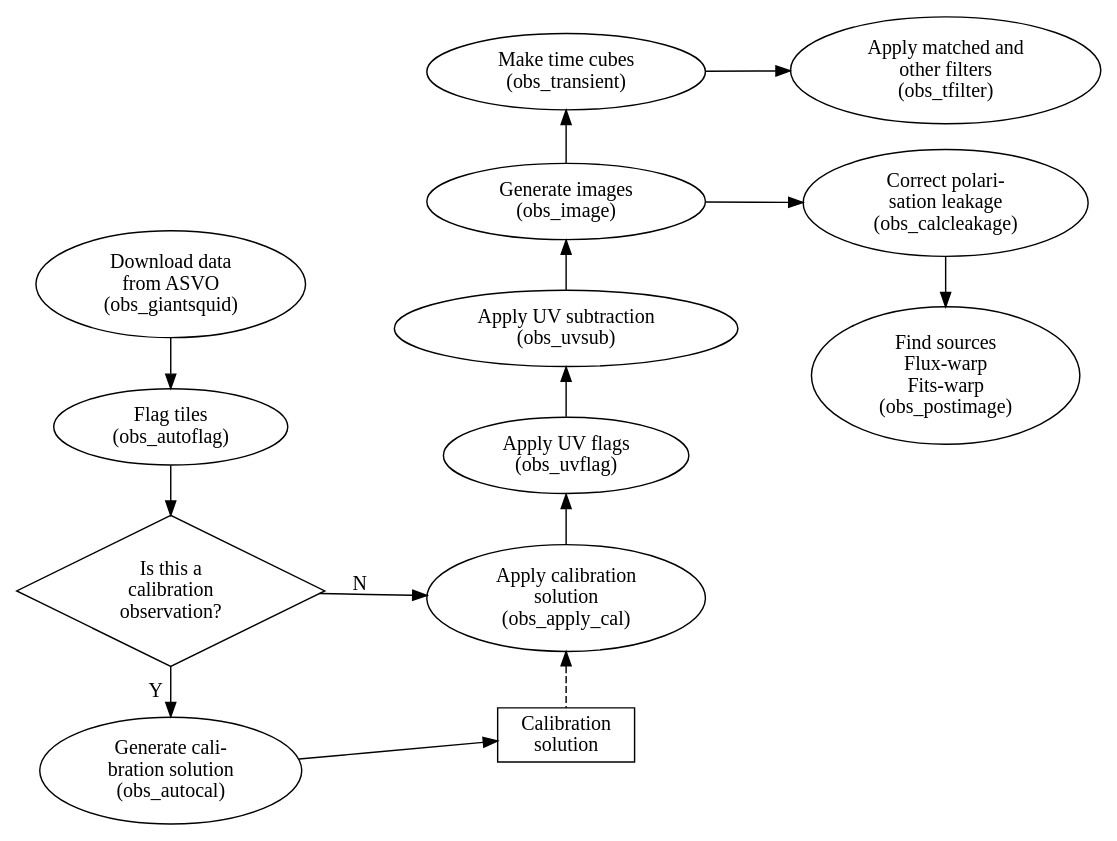
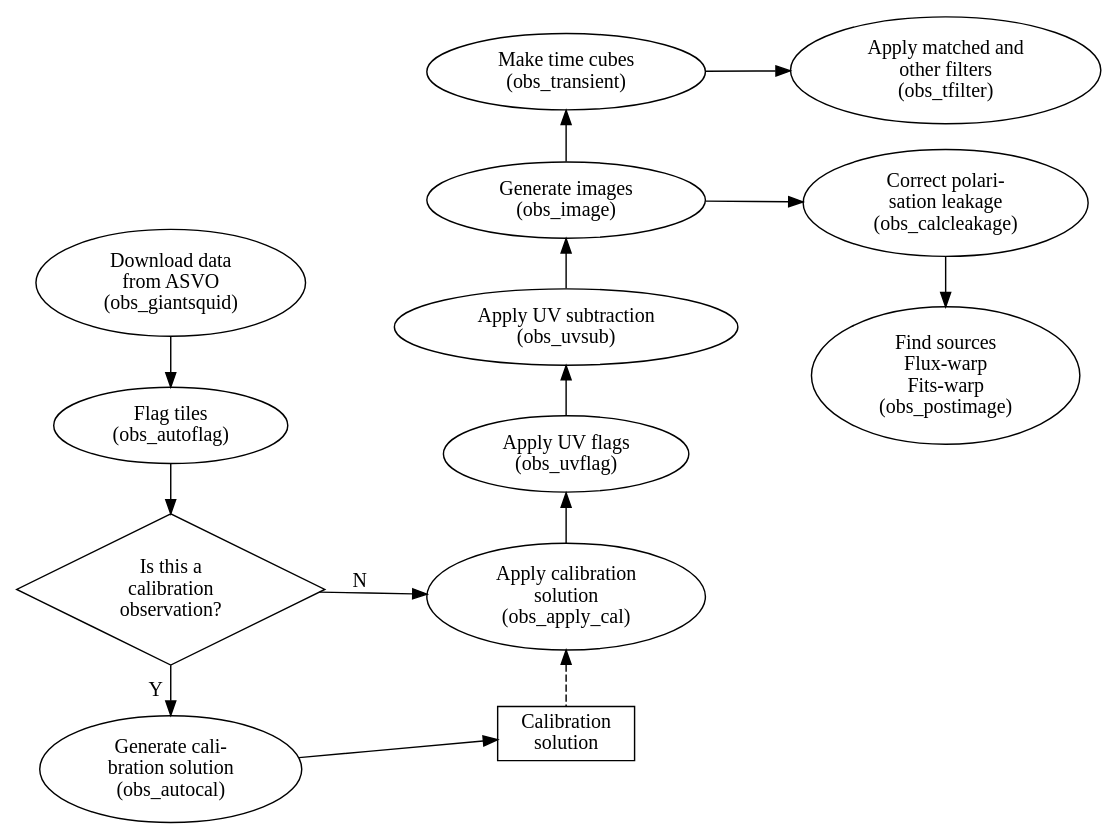
The diagram in doc/images/processing_pipeline_overview.dot (robotopia/MWA-Galactic-Plane-Monitoring), drawn with Graphviz before and after one commit. The commit also changed 1 other file, not shown here.

Commit message:
Updated processing pipeline graphvix diagram in docs

```diff
--- a/doc/images/processing_pipeline_overview.dot
+++ b/doc/images/processing_pipeline_overview.dot
@@ -1,41 +1,44 @@
 digraph G {
   rankdir="LR";
 
   // TODO: Make this subgraph actually do something! (And add other subgraphs)
-  subgraph cluster_0 {
-    style=filled;
-    color=lightgrey;
-    transient [label="Make time cubes\n(obs_transient)"];
-    tfilter [label="Apply matched and\nother filters\n(obs_tfilter)"];
-    transient -> tfilter;
-    label="Transients"
-  }
+  //subgraph cluster_0 {
+  //  style=filled;
+  //  color=lightgrey;
+  //  transient [label="Make time cubes\n(obs_transient)"];
+  //  tfilter [label="Apply matched and\nother filters\n(obs_tfilter)"];
+  //  transient -> tfilter;
+  //  label="Transients"
+  //}
 
   is_cal [shape=diamond; label="Is this a\ncalibration\nobservation?"];
   calsol [shape=rectangle; label="Calibration\nsolution"];
   giantsquid [label="Download data\nfrom ASVO\n(obs_giantsquid)"];
   autoflag [label="Flag tiles\n(obs_autoflag)"];
   autocal [label="Generate cali-\nbration solution\n(obs_autocal)"];
   apply_cal [label="Apply calibration\nsolution\n(obs_apply_cal)"];
   uvflag [label="Apply UV flags\n(obs_uvflag)"];
   uvsub [label="Apply UV subtraction\n(obs_uvsub)"];
   image [label="Generate images\n(obs_image)"];
   postimage [label="Find sources\nFlux-warp\nFits-warp\n(obs_postimage)"];
   calc_leakage [label="Correct polari-\nsation leakage\n(obs_calcleakage)"];
+  transient [label="Make time cubes\n(obs_transient)"];
+  tfilter [label="Apply matched and\nother filters\n(obs_tfilter)"];
 
   giantsquid -> autoflag -> is_cal;
   is_cal -> autocal [label="Y"];
   autocal -> calsol;
   image -> uvsub [dir=back];
   uvsub -> uvflag [dir=back];
   uvflag -> apply_cal [dir=back];
   transient -> image [dir=back];
+  tfilter -> transient [dir=back];
   tfilter -> postimage [style=invis];
   image -> calc_leakage -> postimage;
   apply_cal -> calsol [dir=back; style=dashed];
   is_cal -> apply_cal [label="N"];
 
   {rank="same"; giantsquid; autoflag; is_cal; autocal;}
   {rank="same"; apply_cal; calsol; uvflag; uvsub; image; transient;}
   {rank="same"; tfilter; postimage; calc_leakage;}
 }
```
